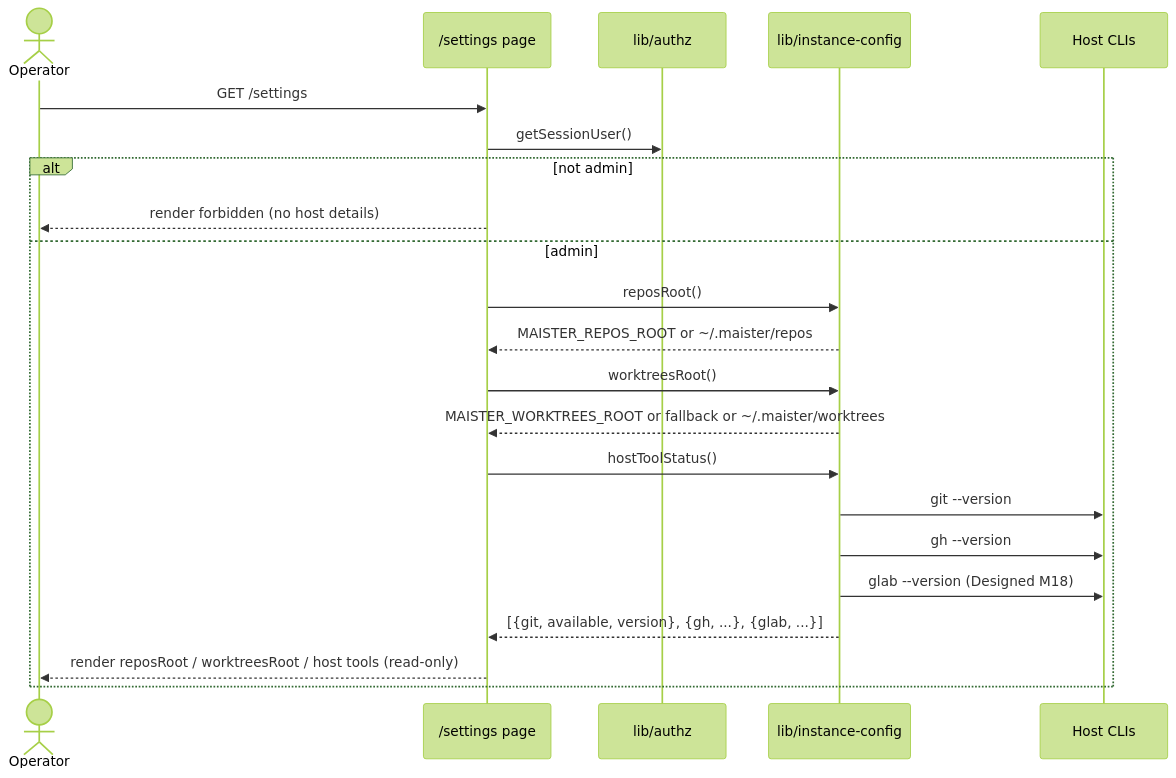
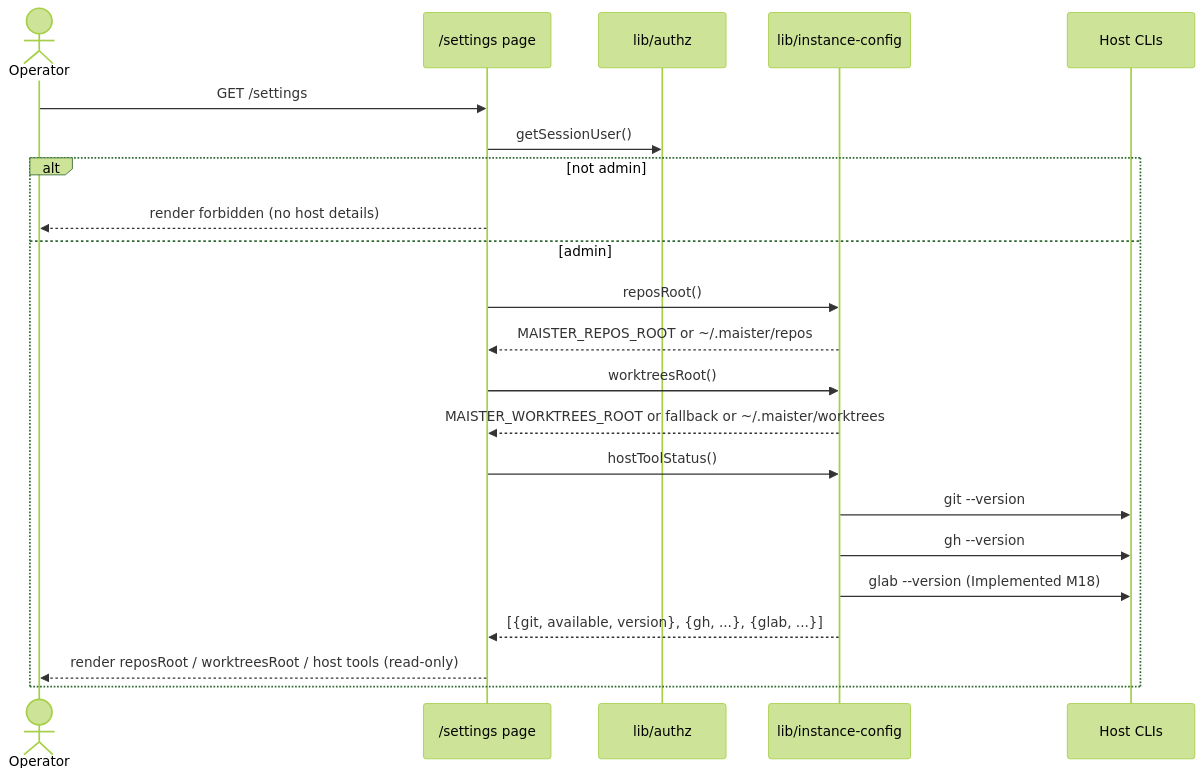
Before and after one commit to maister-dev/maister: the diagram in docs/system-analytics/instance-config.md, drawn with Mermaid (forest theme). The commit also changed other lines of this file and 20 other files, not shown here.

````diff
--- a/docs/system-analytics/instance-config.md
+++ b/docs/system-analytics/instance-config.md
@@ -55,25 +55,25 @@
 ```mermaid
 sequenceDiagram
     actor U as Operator
     participant P as /settings page
     participant AZ as lib/authz
     participant IC as lib/instance-config
     participant HOST as Host CLIs
 
     U->>P: GET /settings
     P->>AZ: getSessionUser()
     alt not admin
         P-->>U: render forbidden (no host details)
     else admin
         P->>IC: reposRoot()
         IC-->>P: MAISTER_REPOS_ROOT or ~/.maister/repos
         P->>IC: worktreesRoot()
         IC-->>P: MAISTER_WORKTREES_ROOT or fallback or ~/.maister/worktrees
         P->>IC: hostToolStatus()
         IC->>HOST: git --version
         IC->>HOST: gh --version
-        IC->>HOST: glab --version (Designed M18)
+        IC->>HOST: glab --version (Implemented M18)
         IC-->>P: [{git, available, version}, {gh, ...}, {glab, ...}]
         P-->>U: render reposRoot / worktreesRoot / host tools (read-only)
     end
 ```
````
